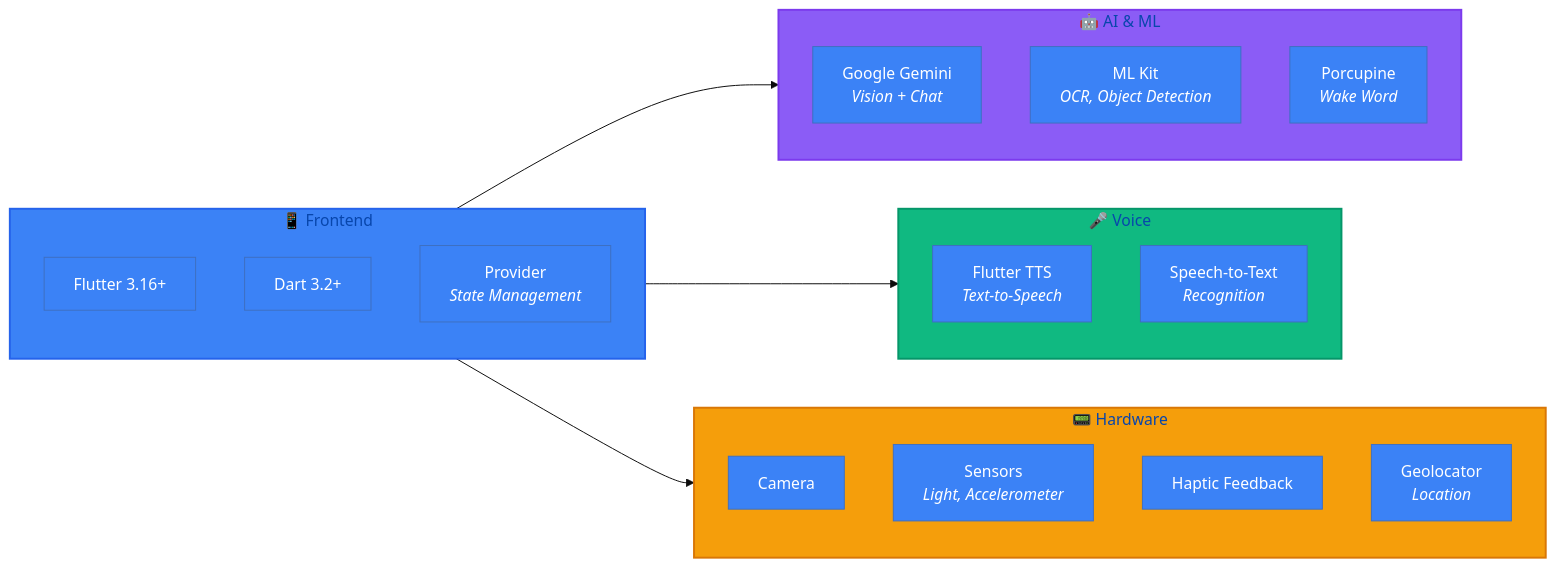
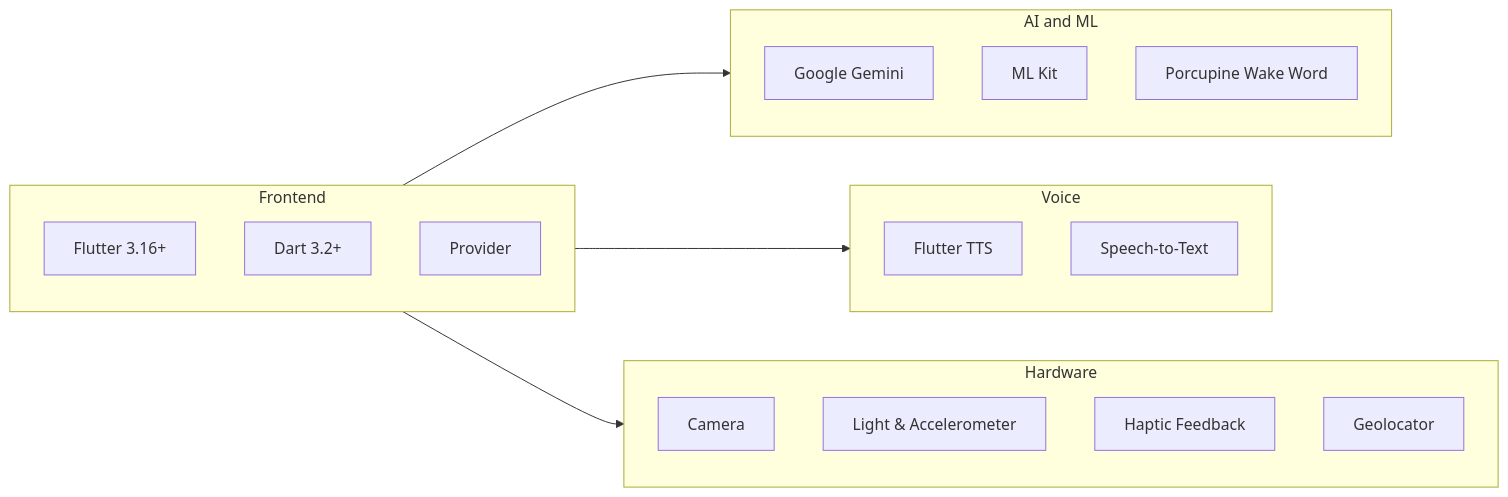
Before and after one commit to chandanpandeys/DekhoSuno: the second of 2 diagrams in README.md, drawn with Mermaid. The commit also changed 16 other files, not shown here.

Commit message:
Update: Fix Mermaid diagrams, add new services and widgets, improve AI Assistant integration

````diff
--- a/README.md
+++ b/README.md
@@ -131,36 +131,30 @@
 ```mermaid
-%%{init: {'theme': 'base', 'themeVariables': { 'primaryColor': '#3B82F6', 'primaryTextColor': '#fff'}}}%%
 flowchart LR
-    subgraph Frontend["📱 Frontend"]
-        Flutter["Flutter 3.16+"]
-        Dart["Dart 3.2+"]
-        Provider["Provider<br/><i>State Management</i>"]
+    subgraph Frontend
+        Flutter[Flutter 3.16+]
+        Dart[Dart 3.2+]
+        Provider[Provider]
     end
     
-    subgraph AI["🤖 AI & ML"]
-        Gemini["Google Gemini<br/><i>Vision + Chat</i>"]
-        MLKit["ML Kit<br/><i>OCR, Object Detection</i>"]
-        Porcupine["Porcupine<br/><i>Wake Word</i>"]
+    subgraph AI[AI and ML]
+        Gemini[Google Gemini]
+        MLKit[ML Kit]
+        Porcupine[Porcupine Wake Word]
     end
     
-    subgraph Voice["🎤 Voice"]
-        TTS["Flutter TTS<br/><i>Text-to-Speech</i>"]
-        STT["Speech-to-Text<br/><i>Recognition</i>"]
+    subgraph Voice
+        TTS[Flutter TTS]
+        STT[Speech-to-Text]
     end
     
-    subgraph Hardware["📟 Hardware"]
-        Camera["Camera"]
-        Sensors["Sensors<br/><i>Light, Accelerometer</i>"]
-        Vibration["Haptic Feedback"]
-        GPS["Geolocator<br/><i>Location</i>"]
+    subgraph Hardware
+        Camera[Camera]
+        Sensors[Light & Accelerometer]
+        Vibration[Haptic Feedback]
+        GPS[Geolocator]
     end
     
     Frontend --> AI
     Frontend --> Voice
     Frontend --> Hardware
-
-    style Frontend fill:#3B82F6,stroke:#2563EB,stroke-width:2px
-    style AI fill:#8B5CF6,stroke:#7C3AED,stroke-width:2px
-    style Voice fill:#10B981,stroke:#059669,stroke-width:2px
-    style Hardware fill:#F59E0B,stroke:#D97706,stroke-width:2px
 ```
````
